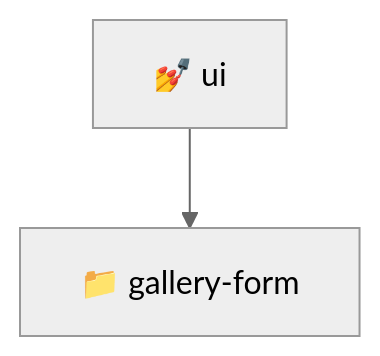
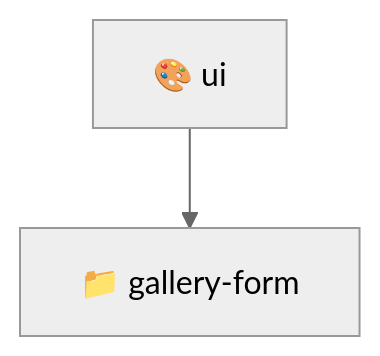
The diagram in frontend/src/pages/gallery/ui/README.md (beginwebdev2002/fullstack-mavluda), drawn with Mermaid (neutral theme) before and after one commit. The commit also changed other lines of this file and 157 other files, not shown here.

First line of the commit message:
docs: generate localized readmes for architectural transparency

````diff
--- a/frontend/src/pages/gallery/ui/README.md
+++ b/frontend/src/pages/gallery/ui/README.md
@@ -11,5 +11,5 @@
 ```mermaid
 graph TD
-  ui["💅 ui"]
-  ui --> gallery_form["📁 gallery-form"]
+  ui["🎨 ui"]
+  ui --> ui_gallery_form["📁 gallery-form"]
 ```
````
